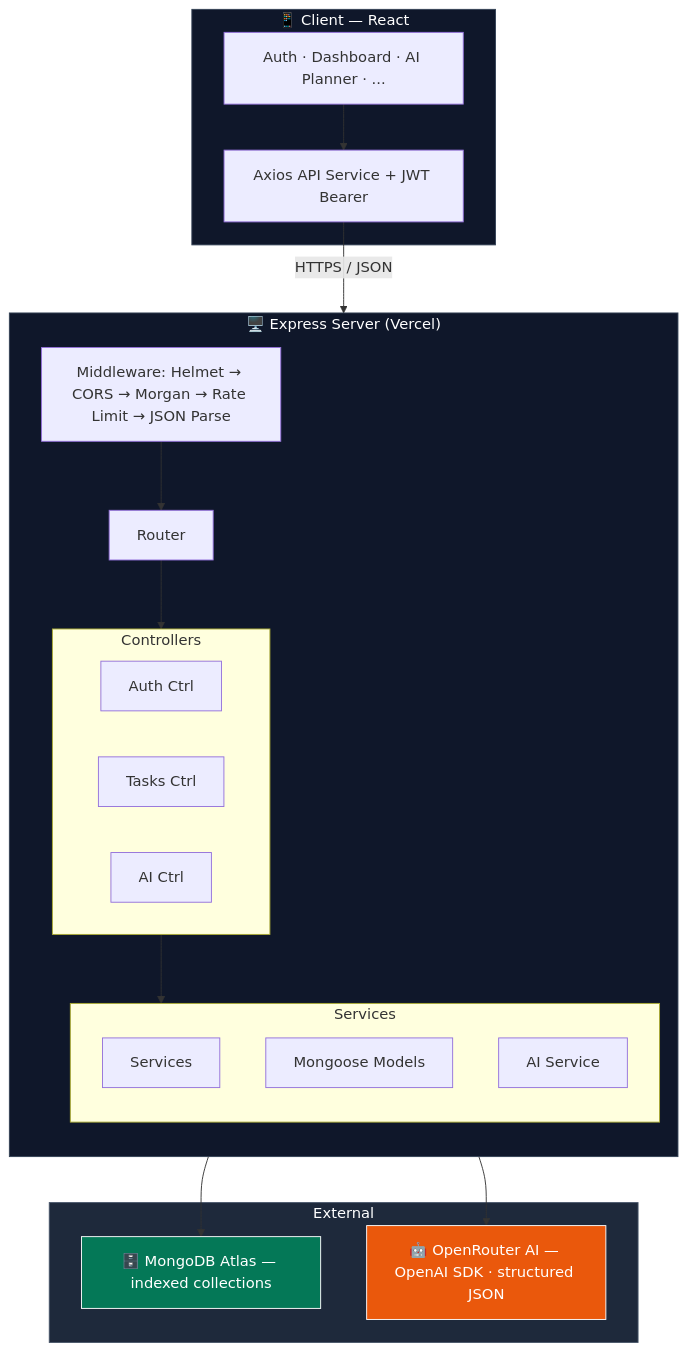
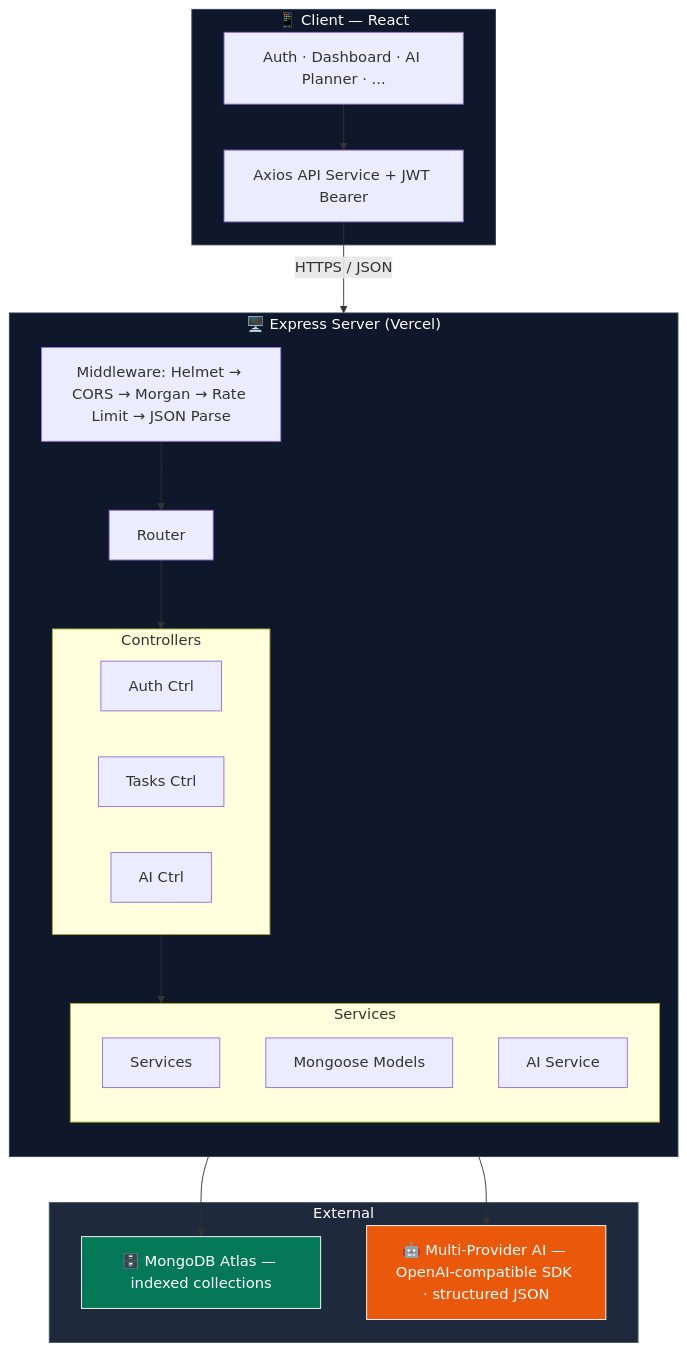
Before and after one commit to Shubham-997800/FlowSyncAi: the fifth of 8 diagrams in README.md, drawn with Mermaid. The commit also changed other lines of this file and 24 other files, not shown here.

````diff
--- a/README.md
+++ b/README.md
@@ -581,40 +586,40 @@
 ```mermaid
 flowchart TB
     subgraph CLIENT["📱 Client — React"]
         C1["Auth · Dashboard · AI Planner · ..."]
         C2["Axios API Service + JWT Bearer"]
     end
 
     subgraph SERVER["🖥️ Express Server (Vercel)"]
         direction TB
         MW["Middleware: Helmet → CORS → Morgan → Rate Limit → JSON Parse"]
         RT["Router"]
         subgraph CTRLS["Controllers"]
             AC["Auth Ctrl"]
             TC["Tasks Ctrl"]
             AIC["AI Ctrl"]
         end
         subgraph SRV["Services"]
             SVC["Services"]
             MM["Mongoose Models"]
             AIS["AI Service"]
         end
         MW --> RT --> CTRLS --> SRV
     end
 
     subgraph EXT["External"]
         DB["🗄️ MongoDB Atlas — indexed collections"]
-        OA["🤖 OpenRouter AI — OpenAI SDK · structured JSON"]
+        OA["🤖 Multi-Provider AI — OpenAI-compatible SDK · structured JSON"]
     end
 
     C1 --> C2
     C2 -- "HTTPS / JSON" --> SERVER
     MM --> DB
     AIS --> OA
 
     style CLIENT fill:#0f172a,stroke:#334155,color:#fff
     style SERVER fill:#0f172a,stroke:#334155,color:#fff
     style EXT fill:#1e293b,stroke:#475569,color:#fff
     style DB fill:#047857,stroke:#fff,color:#fff
     style OA fill:#ea580c,stroke:#fff,color:#fff
 ```
````
